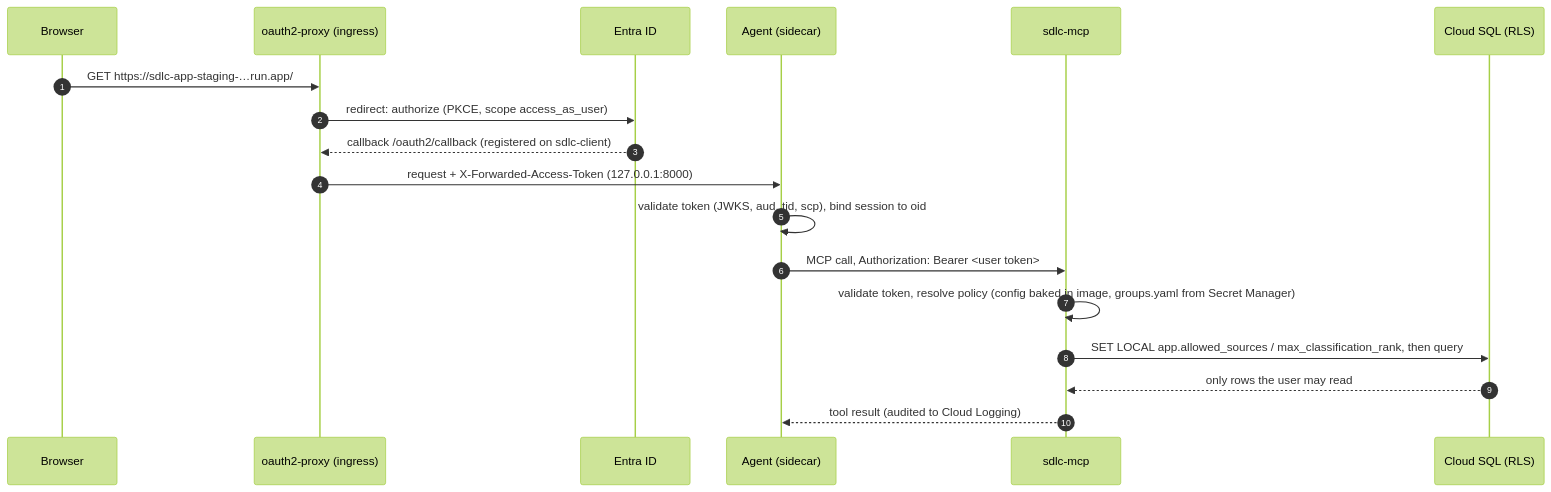
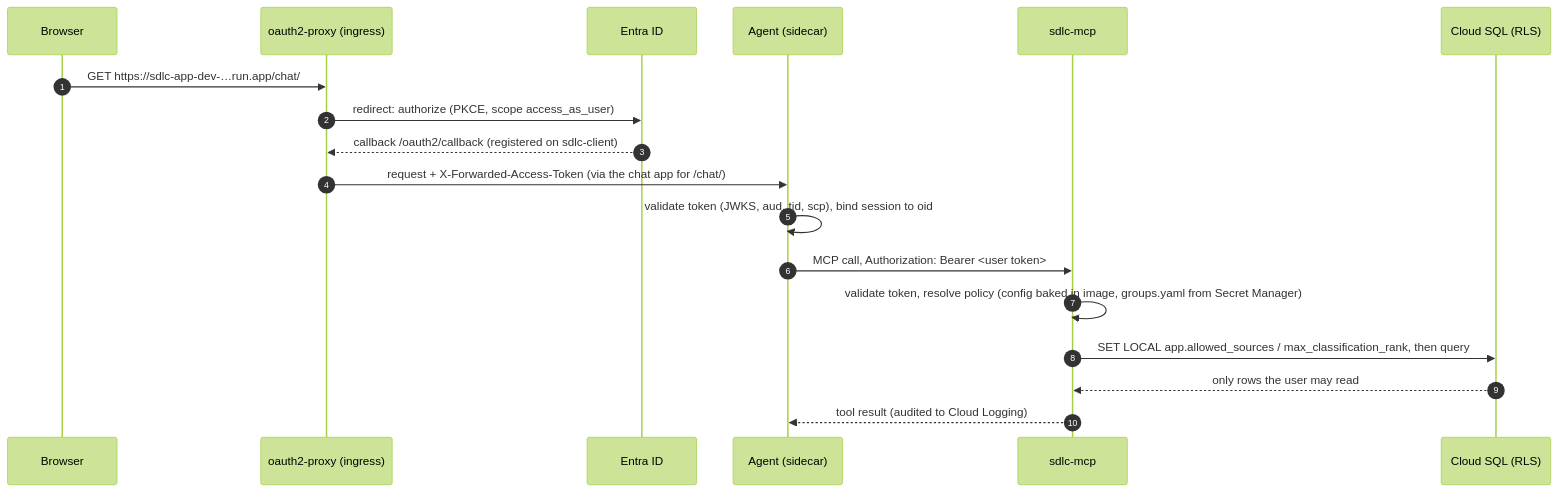
The second of 3 diagrams in docs/GCP_DEPLOYMENT.md (shaheenks/agentic-sdlc-core), drawn with Mermaid (forest theme) before and after one commit. The commit also changed other lines of this file and 20 other files, not shown here.

````diff
--- a/docs/GCP_DEPLOYMENT.md
+++ b/docs/GCP_DEPLOYMENT.md
@@ -123,20 +109,20 @@
 ```mermaid
 sequenceDiagram
     autonumber
     participant B as Browser
     participant P as oauth2-proxy (ingress)
     participant E as Entra ID
     participant A as Agent (sidecar)
     participant M as sdlc-mcp
     participant D as Cloud SQL (RLS)
-    B->>P: GET https://sdlc-app-staging-…run.app/
+    B->>P: GET https://sdlc-app-dev-…run.app/chat/
     P->>E: redirect: authorize (PKCE, scope access_as_user)
     E-->>P: callback /oauth2/callback (registered on sdlc-client)
-    P->>A: request + X-Forwarded-Access-Token (127.0.0.1:8000)
+    P->>A: request + X-Forwarded-Access-Token (via the chat app for /chat/)
     A->>A: validate token (JWKS, aud, tid, scp), bind session to oid
     A->>M: MCP call, Authorization: Bearer <user token>
     M->>M: validate token, resolve policy (config baked in image, groups.yaml from Secret Manager)
     M->>D: SET LOCAL app.allowed_sources / max_classification_rank, then query
     D-->>M: only rows the user may read
     M-->>A: tool result (audited to Cloud Logging)
 ```
````
